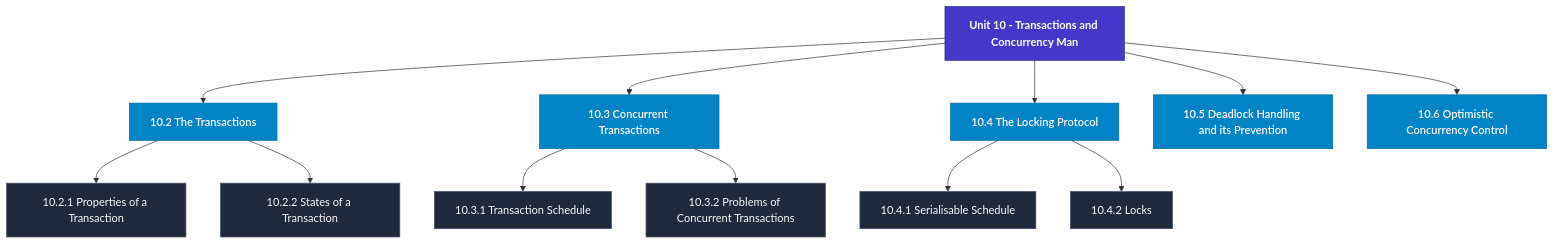
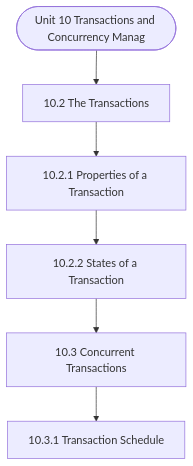
One commit to Asutosh-Coaching/mscdsa changed the diagram in notes/Semester_1/MCS-207_Database_Management_Systems/unit_10_Transactions_and_Concurrency_Management.md. Above: the diagram before and after it, drawn with Mermaid. The commit also changed other lines of this file and 115 other files, not shown here.

Commit message:
Fix Mermaid layout for mobile, isolate LaTeX delimiters, and add GitHub Pages reader

````diff
--- a/notes/Semester_1/MCS-207_Database_Management_Systems/unit_10_Transactions_and_Concurrency_Management.md
+++ b/notes/Semester_1/MCS-207_Database_Management_Systems/unit_10_Transactions_and_Concurrency_Management.md
@@ -19,31 +19,14 @@
 ```mermaid
 flowchart TD
-  %% Styling Definitions
-  classDef head fill:#4338ca,stroke:#312e81,color:#ffffff,font-weight:bold;
-  classDef topic fill:#0284c7,stroke:#0369a1,color:#ffffff,font-weight:600;
-  classDef sub fill:#1e293b,stroke:#475569,color:#f8fafc;
-
-  Root["Unit 10 - Transactions and Concurrency Man"]:::head
-  M1["10.2 The Transactions"]:::topic
-  Root --> M1
-  M1_1["10.2.1 Properties of a Transaction"]:::sub
-  M1 --> M1_1
-  M1_2["10.2.2 States of a Transaction"]:::sub
-  M1 --> M1_2
-  M2["10.3 Concurrent Transactions"]:::topic
-  Root --> M2
-  M2_1["10.3.1 Transaction Schedule"]:::sub
-  M2 --> M2_1
-  M2_2["10.3.2 Problems of Concurrent Transactions"]:::sub
-  M2 --> M2_2
-  M3["10.4 The Locking Protocol"]:::topic
-  Root --> M3
-  M3_1["10.4.1 Serialisable Schedule"]:::sub
-  M3 --> M3_1
-  M3_2["10.4.2 Locks"]:::sub
-  M3 --> M3_2
-  M4["10.5 Deadlock Handling and its Prevention"]:::topic
-  Root --> M4
-  M5["10.6 Optimistic Concurrency Control"]:::topic
-  Root --> M5
+  Start(["Unit 10 Transactions and Concurrency Manag"])
+  N1["10.2 The Transactions"]
+  N2["10.2.1 Properties of a Transaction"]
+  N3["10.2.2 States of a Transaction"]
+  N4["10.3 Concurrent Transactions"]
+  N5["10.3.1 Transaction Schedule"]
+  Start --> N1
+  N1 --> N2
+  N2 --> N3
+  N3 --> N4
+  N4 --> N5
 ```
````
